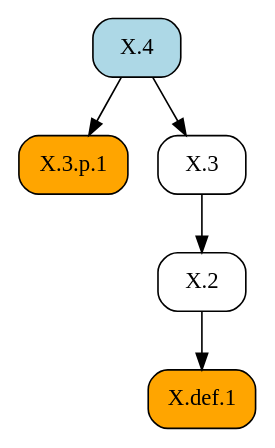
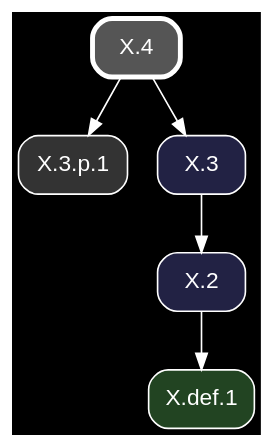
The diagram in docsrc/heath/X/4/index.rst (geometor/elements), drawn with Graphviz before and after one commit. The commit also changed other lines of this file and 1200 other files, not shown here.

Commit message:
update dependency graphs

```diff
--- a/docsrc/heath/X/4/index.rst
+++ b/docsrc/heath/X/4/index.rst
@@ -78,15 +78,17 @@
 .. graphviz::
 
    digraph {
+     bgcolor="black";
+     node [shape=box, style="rounded,filled", fontname="Helvetica", color="white", fontcolor="white"];
+     edge [color="white", fontcolor="white"];
      rankdir="TB";
-     node [shape=box, style=rounded];
-     "X.def.1" [style="rounded,filled", fillcolor=orange, URL="/heath/X/def.1/", target="_top"];
-     "X.4" [style="rounded,filled", fillcolor=lightblue, URL="/heath/X/4/", target="_top"];
-     "X.3.p.1" [style="rounded,filled", fillcolor=orange];
-     "X.2" [URL="/heath/X/2/", target="_top"];
-     "X.3" [URL="/heath/X/3/", target="_top"];
+     "X.2" [fillcolor="#222244", URL="/heath/X/2/", target="_top"];
+     "X.def.1" [fillcolor="#224422", URL="/heath/X/def.1/", target="_top"];
+     "X.4" [penwidth=3, color="white", fillcolor="#555555", URL="/heath/X/4/", target="_top"];
+     "X.3.p.1" [fillcolor="#333333"];
+     "X.3" [fillcolor="#222244", URL="/heath/X/3/", target="_top"];
+     "X.3" -> "X.2";
      "X.2" -> "X.def.1";
      "X.4" -> "X.3.p.1";
-     "X.3" -> "X.2";
      "X.4" -> "X.3";
    }
```
